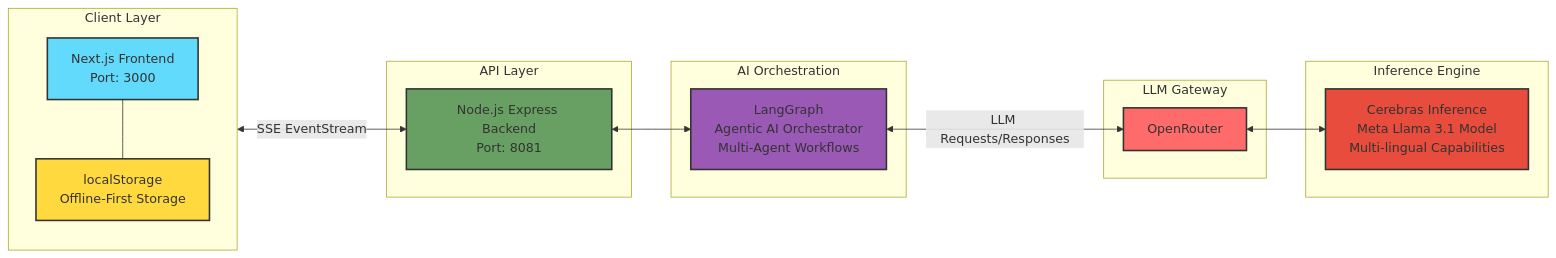
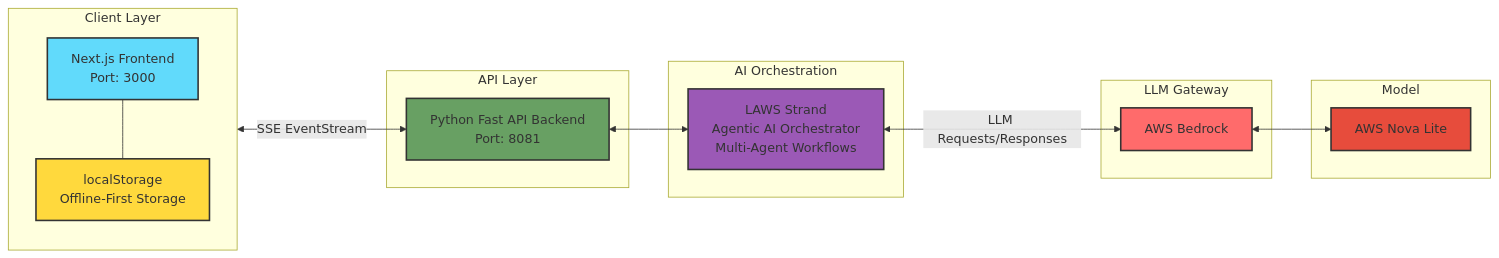
Before and after one commit to tosinamuda/graspy-ai: the first of 2 diagrams in README.md, drawn with Mermaid. The commit also changed other lines of this file and 112 other files, not shown here.

Commit message:
migrate agent from langgraph ts to aws strand

````diff
--- a/README.md
+++ b/README.md
@@ -66,37 +86,37 @@
 ```mermaid
 graph LR
     subgraph Client["Client Layer"]
         direction TB
         A[Next.js Frontend<br/>Port: 3000]
         F[localStorage<br/>Offline-First Storage]
         A --- F
     end
 
     subgraph "API Layer"
-        B[Node.js Express Backend<br/>Port: 8081]
+        B[Python Fast API Backend<br/>Port: 8081]
     end
 
     subgraph "AI Orchestration"
-        C[LangGraph<br/>Agentic AI Orchestrator<br/>Multi-Agent Workflows]
+        C[LAWS Strand<br/>Agentic AI Orchestrator<br/>Multi-Agent Workflows]
     end
 
     subgraph "LLM Gateway"
-        D[OpenRouter]
+        D[AWS Bedrock]
     end
 
-    subgraph "Inference Engine"
-        E[Cerebras Inference<br/>Meta Llama 3.1 Model<br/>Multi-lingual Capabilities]
+    subgraph "Model"
+        E[AWS Nova Lite]
     end
 
     Client <-->|SSE EventStream| B
     B <--> C
     C <-->|LLM Requests/Responses| D
     D <--> E
 
     style A fill:#61dafb,stroke:#333,stroke-width:2px
     style B fill:#68a063,stroke:#333,stroke-width:2px
     style C fill:#9b59b6,stroke:#333,stroke-width:2px
     style D fill:#ff6b6b,stroke:#333,stroke-width:2px
     style E fill:#e74c3c,stroke:#333,stroke-width:2px
     style F fill:#ffd93d,stroke:#333,stroke-width:2px
 ```
````
